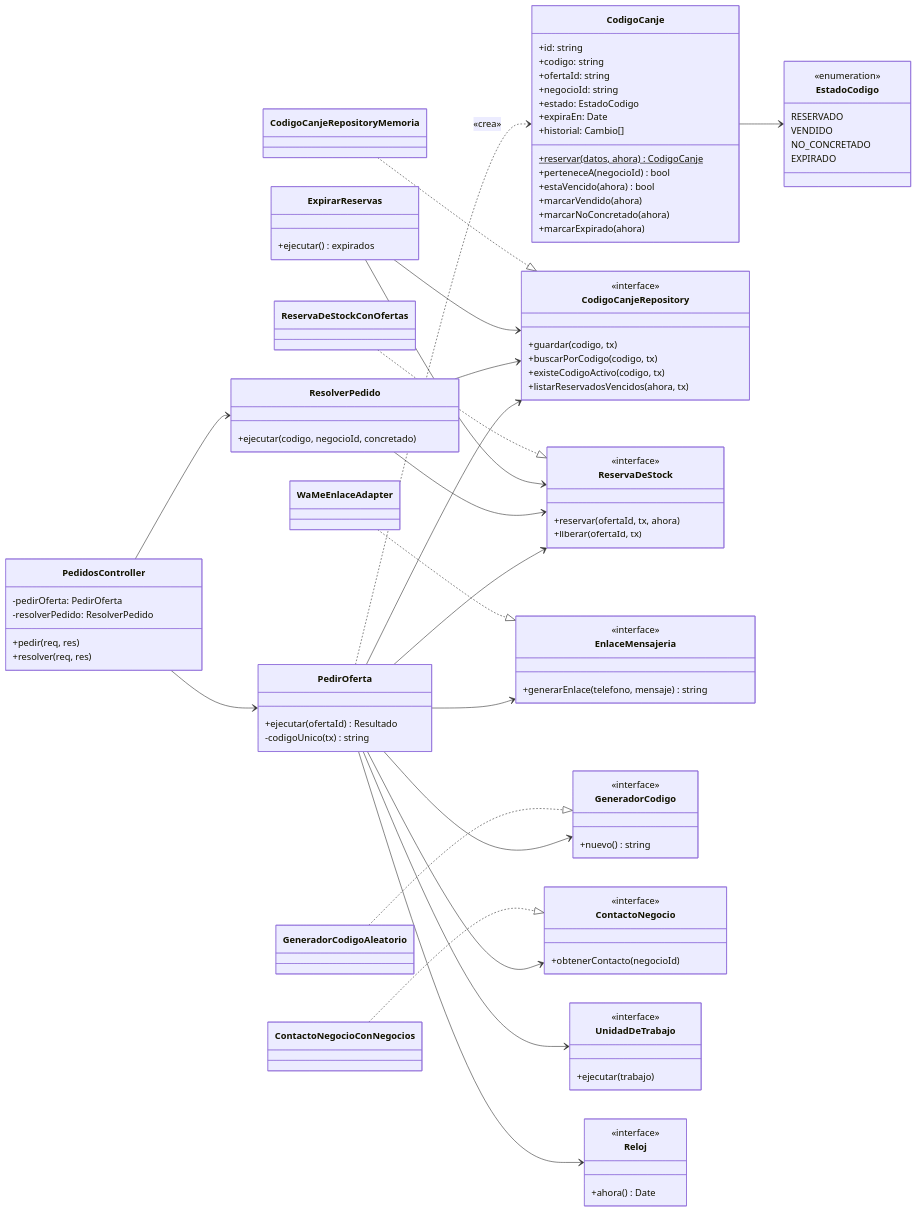
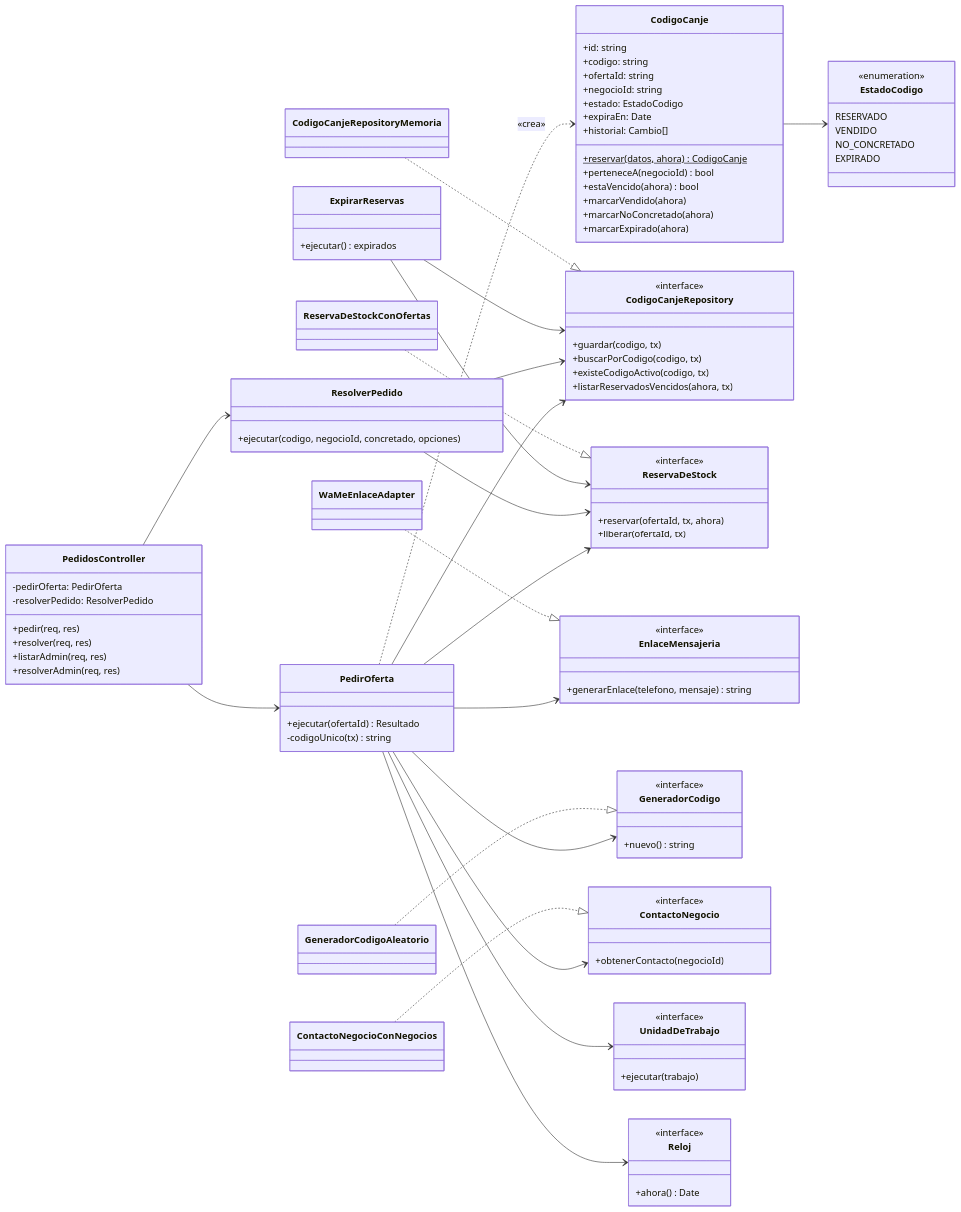
Before and after one commit to lovableprojectscx/JAMA: the second of 3 diagrams in docs/03-diseno-de-software/diseno-interno/diseno-interno-de-modulos.md, drawn with Mermaid. The commit also changed other lines of this file and 20 other files, not shown here.

```diff
--- a/docs/03-diseno-de-software/diseno-interno/diseno-interno-de-modulos.md
+++ b/docs/03-diseno-de-software/diseno-interno/diseno-interno-de-modulos.md
@@ -158,6 +160,8 @@
         -resolverPedido: ResolverPedido
         +pedir(req, res)
         +resolver(req, res)
+        +listarAdmin(req, res)
+        +resolverAdmin(req, res)
     }
 
     class PedirOferta {
@@ -165,7 +169,7 @@
         -codigoUnico(tx) string
     }
     class ResolverPedido {
-        +ejecutar(codigo, negocioId, concretado)
+        +ejecutar(codigo, negocioId, concretado, opciones)
     }
     class ExpirarReservas {
         +ejecutar() expirados
```
